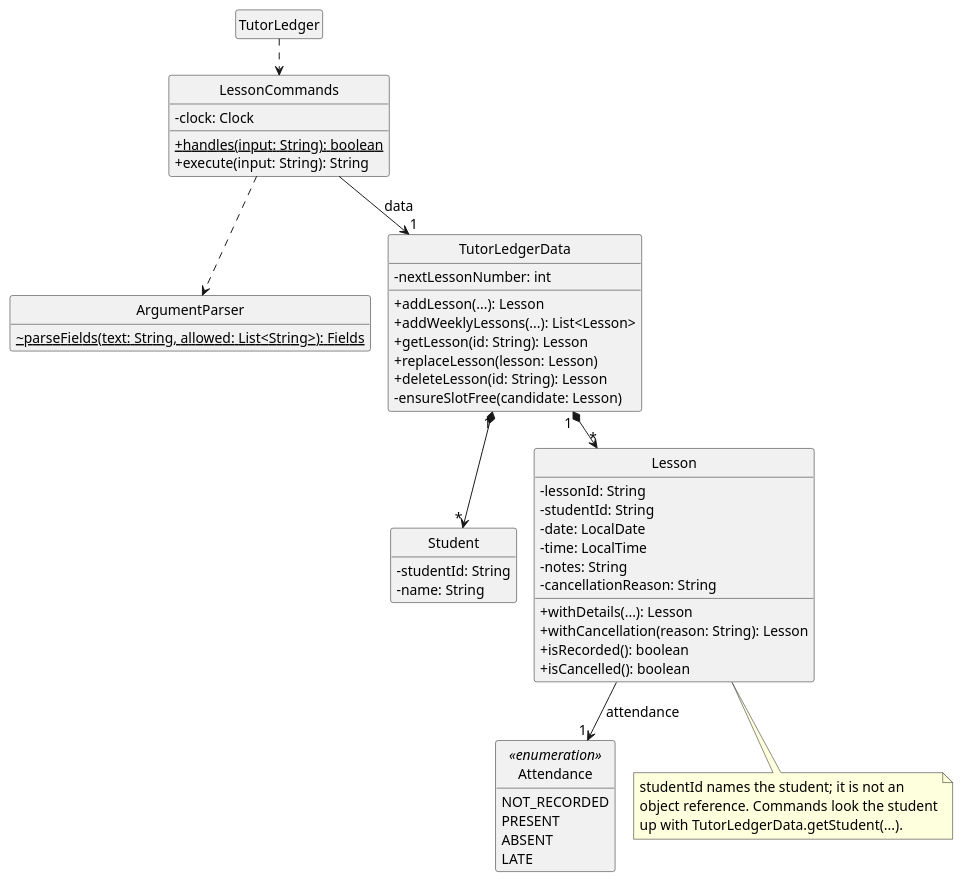
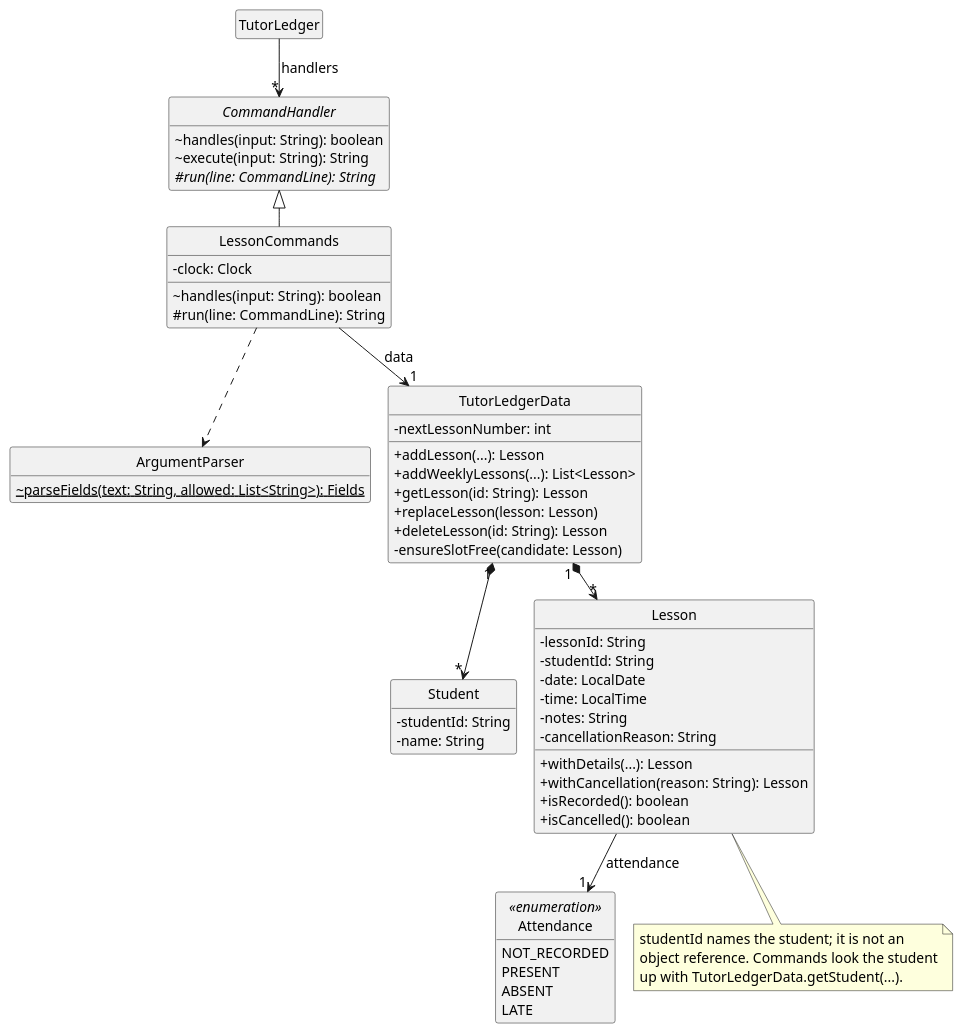
Before and after one commit to AY2627S1-CS2113-W12-2/tp: the diagram in docs/diagrams/lesson-class.puml, drawn with PlantUML. The commit also changed 31 other files, not shown here.

```diff
--- a/docs/diagrams/lesson-class.puml
+++ b/docs/diagrams/lesson-class.puml
@@ -1,69 +1,76 @@
 @startuml
 !pragma layout smetana
 skinparam backgroundColor white
 skinparam defaultFontSize 14
 skinparam shadowing false
 skinparam classAttributeIconSize 0
 hide circle
 hide empty members
 
 class TutorLedger
 
+abstract class CommandHandler {
+  ~handles(input: String): boolean
+  ~execute(input: String): String
+  #{abstract} run(line: CommandLine): String
+}
+
 class LessonCommands {
   -clock: Clock
-  {static} +handles(input: String): boolean
-  +execute(input: String): String
+  ~handles(input: String): boolean
+  #run(line: CommandLine): String
 }
 
 class ArgumentParser {
   {static} ~parseFields(text: String, allowed: List<String>): Fields
 }
 
 class TutorLedgerData {
   -nextLessonNumber: int
   +addLesson(...): Lesson
   +addWeeklyLessons(...): List<Lesson>
   +getLesson(id: String): Lesson
   +replaceLesson(lesson: Lesson)
   +deleteLesson(id: String): Lesson
   -ensureSlotFree(candidate: Lesson)
 }
 
 class Student {
   -studentId: String
   -name: String
 }
 
 class Lesson {
   -lessonId: String
   -studentId: String
   -date: LocalDate
   -time: LocalTime
   -notes: String
   -cancellationReason: String
   +withDetails(...): Lesson
   +withCancellation(reason: String): Lesson
   +isRecorded(): boolean
   +isCancelled(): boolean
 }
 
 enum Attendance <<enumeration>> {
   NOT_RECORDED
   PRESENT
   ABSENT
   LATE
 }
 
-TutorLedger ..> LessonCommands
+TutorLedger --> "*" CommandHandler : handlers
+CommandHandler <|-- LessonCommands
 LessonCommands --> "1" TutorLedgerData : data
 LessonCommands ..> ArgumentParser
 TutorLedgerData "1" *--> "*" Student
 TutorLedgerData "1" *--> "*" Lesson
 Lesson --> "1" Attendance : attendance
 
 note bottom of Lesson
   studentId names the student; it is not an
   object reference. Commands look the student
   up with TutorLedgerData.getStudent(...).
 end note
 @enduml
```
